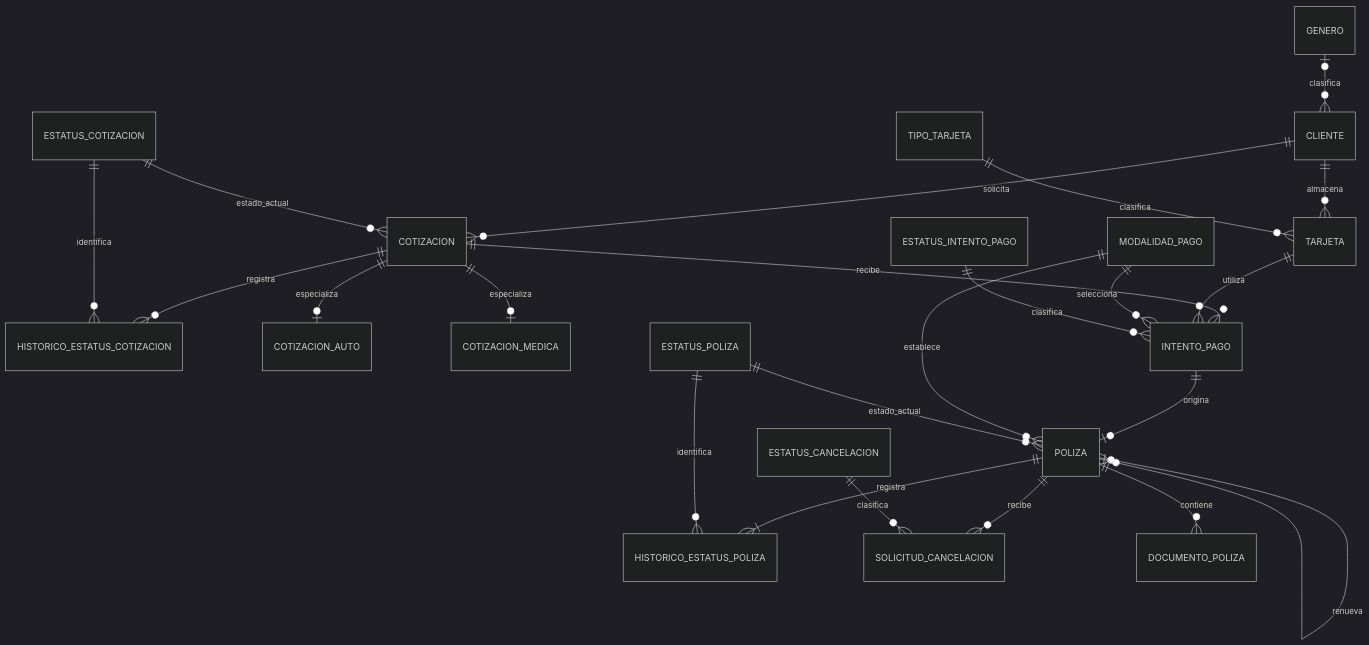
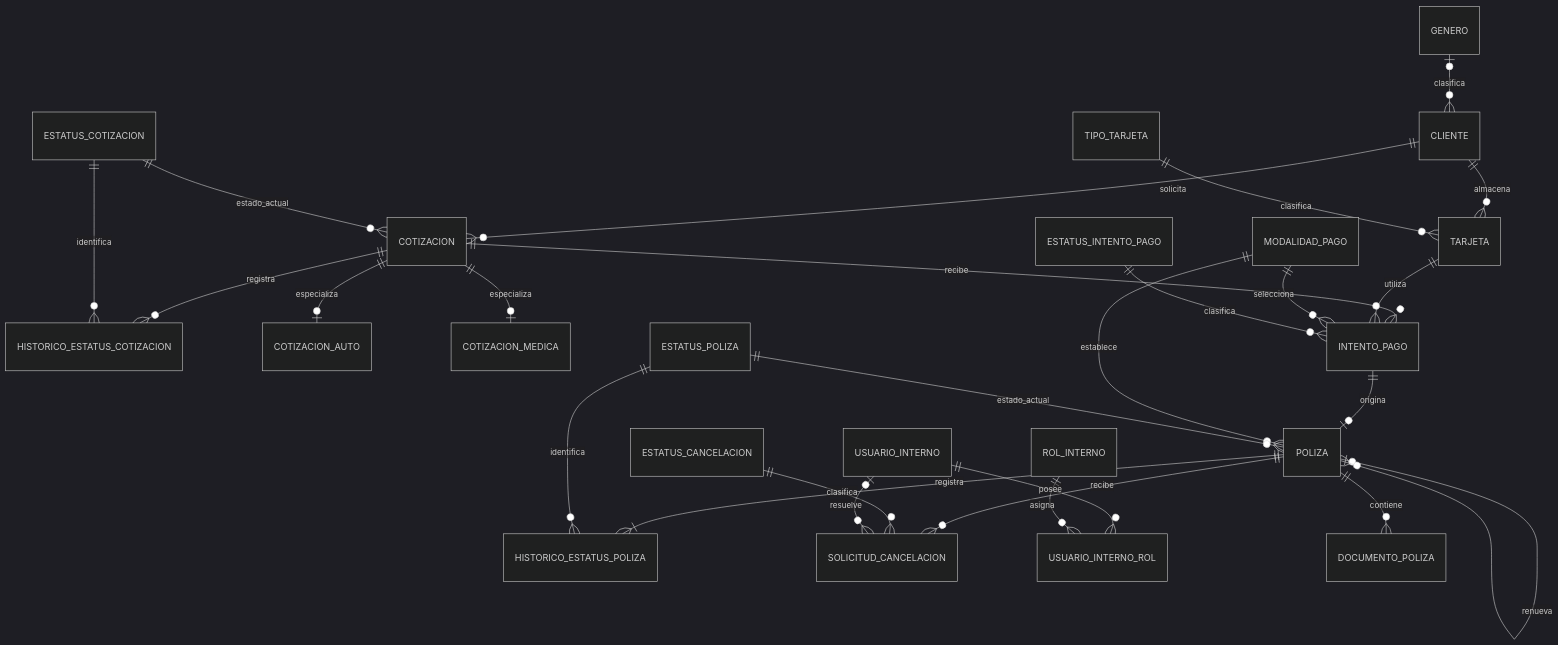
One commit to olveratrech/virtual-insurance-nedw changed the diagram in docs/MODELO-RELACIONAL-NEDW.md. Above: the diagram before and after it, drawn with Mermaid (dark theme). The commit also changed other lines of this file and 10 other files, not shown here.

````diff
--- a/docs/MODELO-RELACIONAL-NEDW.md
+++ b/docs/MODELO-RELACIONAL-NEDW.md
@@ -389,31 +426,34 @@
 ```mermaid
 erDiagram
     GENERO o|--o{ CLIENTE : clasifica
     CLIENTE ||--o{ TARJETA : almacena
     TIPO_TARJETA ||--o{ TARJETA : clasifica
     CLIENTE ||--o{ COTIZACION : solicita
 
     ESTATUS_COTIZACION ||--o{ COTIZACION : estado_actual
     COTIZACION ||--o{ HISTORICO_ESTATUS_COTIZACION : registra
     ESTATUS_COTIZACION ||--o{ HISTORICO_ESTATUS_COTIZACION : identifica
 
     COTIZACION ||--o| COTIZACION_AUTO : especializa
     COTIZACION ||--o| COTIZACION_MEDICA : especializa
 
     COTIZACION ||--o{ INTENTO_PAGO : recibe
     TARJETA ||--o{ INTENTO_PAGO : utiliza
     MODALIDAD_PAGO ||--o{ INTENTO_PAGO : selecciona
     ESTATUS_INTENTO_PAGO ||--o{ INTENTO_PAGO : clasifica
 
     INTENTO_PAGO ||--o| POLIZA : origina
     MODALIDAD_PAGO ||--o{ POLIZA : establece
     ESTATUS_POLIZA ||--o{ POLIZA : estado_actual
     POLIZA o|--o{ POLIZA : renueva
 
     POLIZA ||--|{ HISTORICO_ESTATUS_POLIZA : registra
     ESTATUS_POLIZA ||--o{ HISTORICO_ESTATUS_POLIZA : identifica
 
     POLIZA ||--o{ SOLICITUD_CANCELACION : recibe
     ESTATUS_CANCELACION ||--o{ SOLICITUD_CANCELACION : clasifica
+    USUARIO_INTERNO o|--o{ SOLICITUD_CANCELACION : resuelve
+    USUARIO_INTERNO ||--o{ USUARIO_INTERNO_ROL : posee
+    ROL_INTERNO ||--o{ USUARIO_INTERNO_ROL : asigna
     POLIZA ||--o{ DOCUMENTO_POLIZA : contiene
 ```
````
